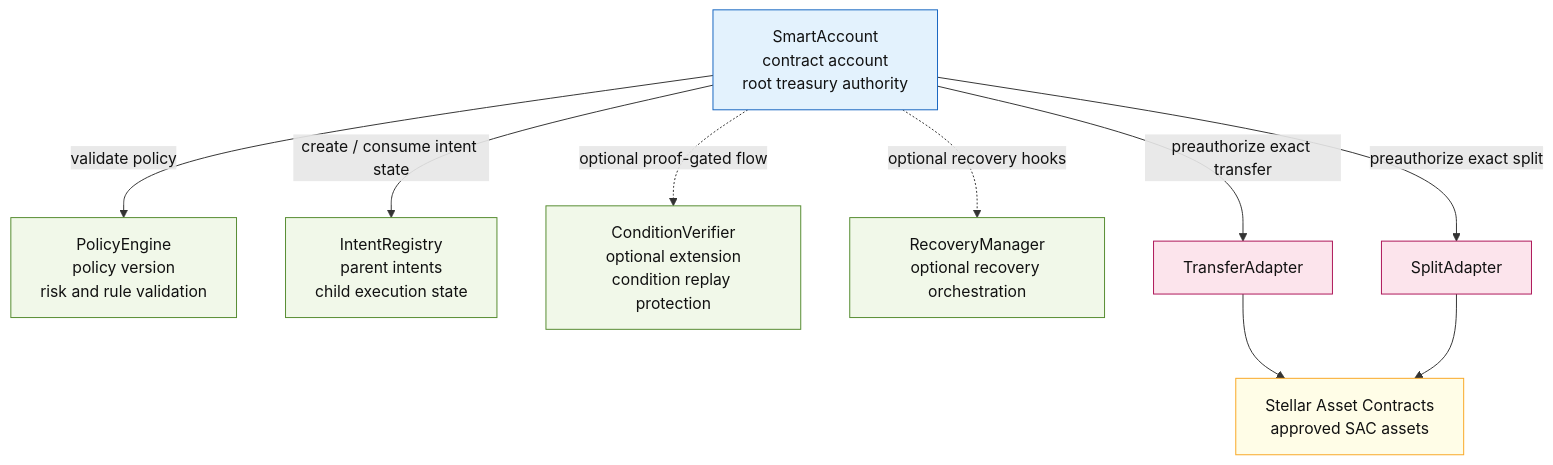
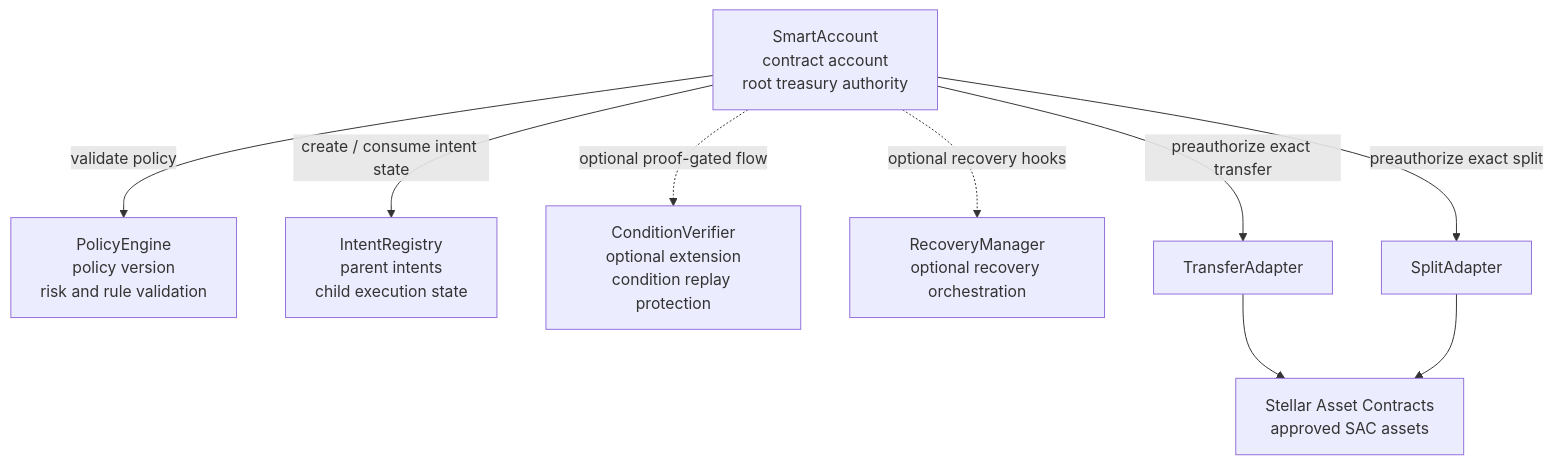
Before and after one commit to Smart-Treasury-Account-STA/smart-contracts: the fourth of 14 diagrams in docs/TECHNICAL_ARCHITECTURE.md, drawn with Mermaid. The commit also changed other lines of this file, not shown here.

First line of the commit message:
Simplify section 6.7 diagram styling and sharpen Decision 4 framing

````diff
--- a/docs/TECHNICAL_ARCHITECTURE.md
+++ b/docs/TECHNICAL_ARCHITECTURE.md
@@ -585,31 +587,22 @@
 ```mermaid
 flowchart TB
     SA["SmartAccount<br/>contract account<br/>root treasury authority"]
     PE["PolicyEngine<br/>policy version<br/>risk and rule validation"]
     IR["IntentRegistry<br/>parent intents<br/>child execution state"]
     CV["ConditionVerifier<br/>optional extension<br/>condition replay protection"]
     RM["RecoveryManager<br/>optional recovery orchestration"]
 
     TA["TransferAdapter"]
     SPA["SplitAdapter"]
     SAC["Stellar Asset Contracts<br/>approved SAC assets"]
 
     SA -->|"validate policy"| PE
     SA -->|"create / consume intent state"| IR
     SA -. "optional proof-gated flow" .-> CV
     SA -. "optional recovery hooks" .-> RM
 
     SA -->|"preauthorize exact transfer"| TA
     SA -->|"preauthorize exact split"| SPA
     TA --> SAC
     SPA --> SAC
-
-    classDef root fill:#e3f2fd,stroke:#1565c0,color:#111;
-    classDef module fill:#f1f8e9,stroke:#558b2f,color:#111;
-    classDef adapter fill:#fce4ec,stroke:#ad1457,color:#111;
-    classDef asset fill:#fffde7,stroke:#f9a825,color:#111;
-    class SA root;
-    class PE,IR,CV,RM module;
-    class TA,SPA adapter;
-    class SAC asset;
 ```
````
